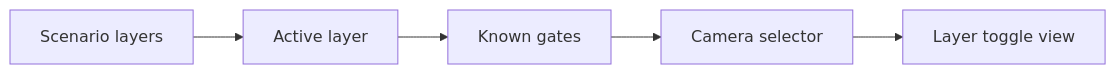
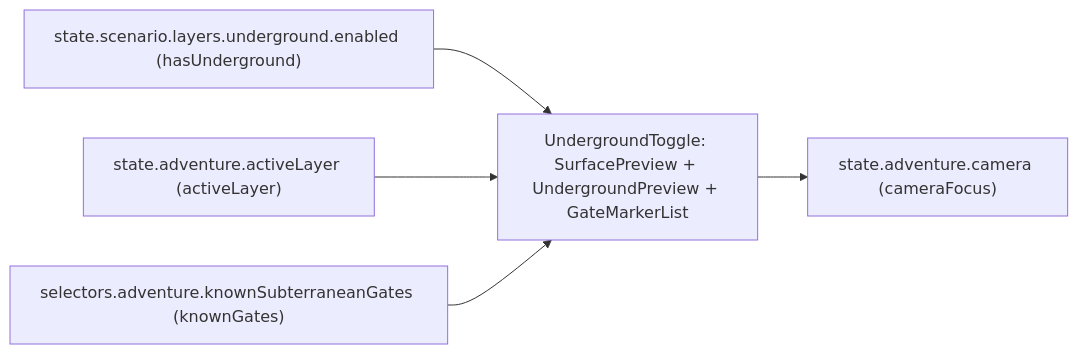
Before and after one commit to SunaNoOshiro/Heroes_Reforged_AI_Realms: the second of 5 diagrams in docs/architecture/wiki/screens/15-underground-toggle/architecture.md, drawn with Mermaid. The commit also changed other lines of this file and 518 other files, not shown here.

First line of the commit message:
Add doc-audit skill and sweep architecture/screen docs

````diff
--- a/docs/architecture/wiki/screens/15-underground-toggle/architecture.md
+++ b/docs/architecture/wiki/screens/15-underground-toggle/architecture.md
@@ -32,8 +42,8 @@
 ```mermaid
 flowchart LR
-  L0["Scenario layers"] --> L1
-  L1["Active layer"] --> L2
-  L2["Known gates"] --> L3
-  L3["Camera selector"] --> L4
-  L4["Layer toggle view"]
+  L0["state.scenario.layers.underground.enabled (hasUnderground)"] --> L3
+  L1["state.adventure.activeLayer (activeLayer)"] --> L3
+  L2["selectors.adventure.knownSubterraneanGates (knownGates)"] --> L3
+  L3["UndergroundToggle: SurfacePreview + UndergroundPreview + GateMarkerList"] --> L4
+  L4["state.adventure.camera (cameraFocus)"]
 ```
````
